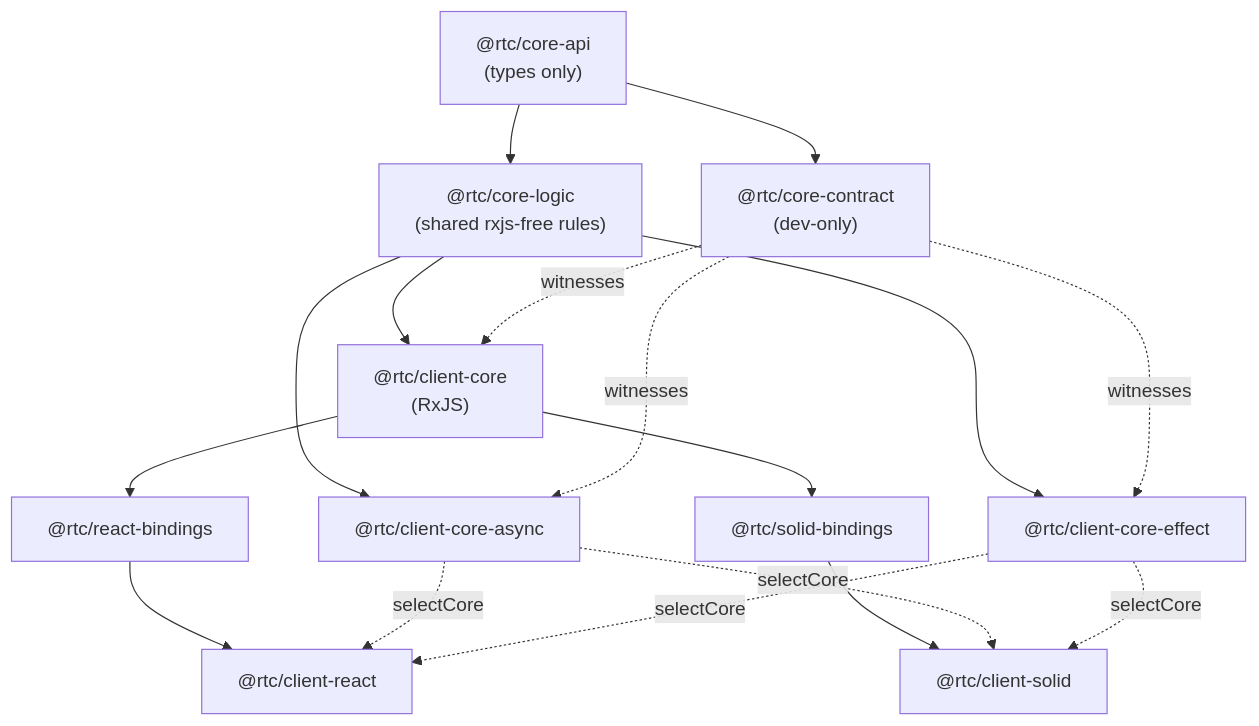
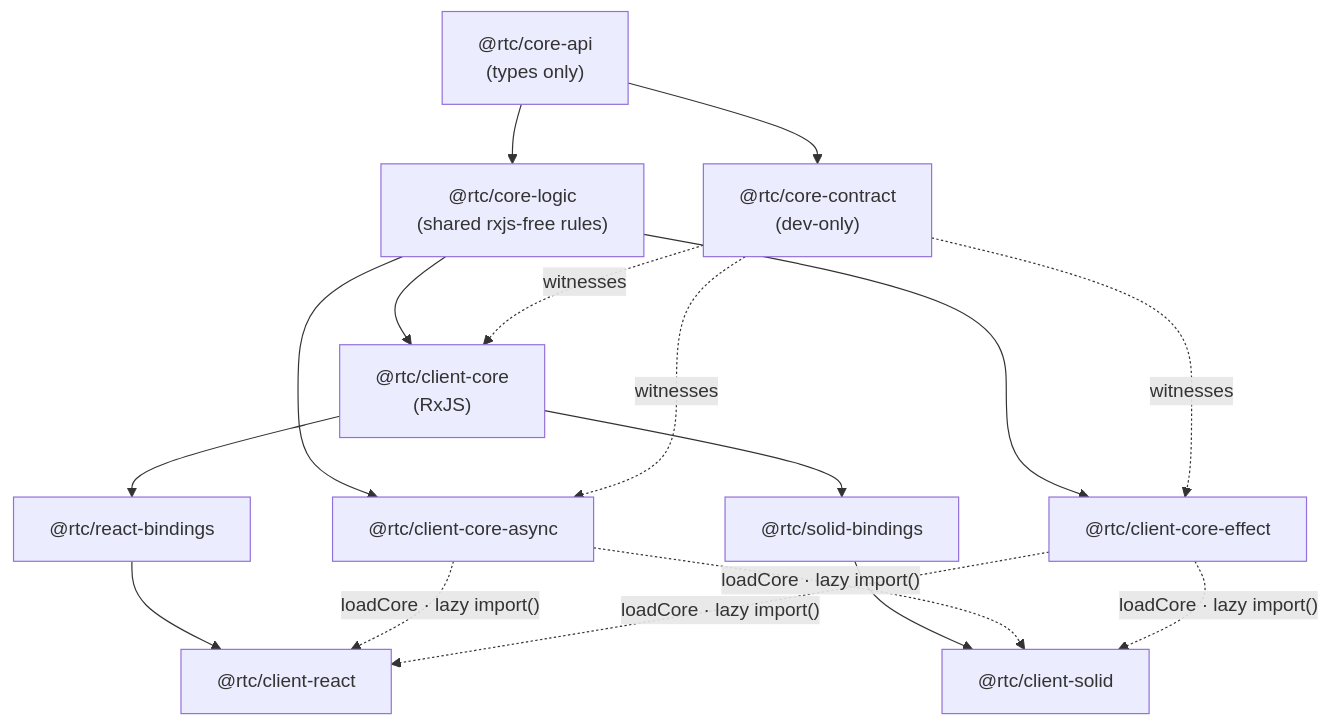
Before and after one commit to bettersoftware-io/ReactiveTraderCloudClone: the diagram in docs/architecture/22-pluggable-application-core.md, drawn with Mermaid.

Commit message:
fix(docs): relabel §22's mermaid alt-core edges off selectCore
Review fix round 1: the "## Packages" mermaid diagram in
docs/architecture/22-pluggable-application-core.md still labelled the
async/effect-core -> client edges "selectCore" (dashed), contradicting the
rewritten "Selection: at load time" section a few headings down. Relabelled
to "loadCore · lazy import()" to match src/app/coreSelection.ts's loadCore.

Re-swept every mermaid block in docs/ (excluding docs/superpowers/, which are
dated historical records), README.md and CLAUDE.md for the same stale terms
(selectCore, "one core per build", "build-time"): no other mermaid diagram
referenced core selection at all, and every remaining prose hit is either a
correctly-scoped historical reference to the replaced selectCore.ts (ADR-006's
narrative sections) or unrelated to core selection entirely (RN e2e defaults,
devtools wiring, ADR-004 feature flags, React Compiler, the deploy WS URL).

Claude-Session: https://claude.ai/code/session_01JdQtWNPjiNAEu7Ji9fejzH

````diff
--- a/docs/architecture/22-pluggable-application-core.md
+++ b/docs/architecture/22-pluggable-application-core.md
@@ -17,30 +17,30 @@
 ```mermaid
 flowchart TB
   CoreAPI["@rtc/core-api<br/>(types only)"]
   CoreLogic["@rtc/core-logic<br/>(shared rxjs-free rules)"]
   RxjsCore["@rtc/client-core<br/>(RxJS)"]
   AsyncCore["@rtc/client-core-async"]
   EffectCore["@rtc/client-core-effect"]
   CoreContract["@rtc/core-contract<br/>(dev-only)"]
   ReactBindings["@rtc/react-bindings"]
   SolidBindings["@rtc/solid-bindings"]
   ClientReact["@rtc/client-react"]
   ClientSolid["@rtc/client-solid"]
 
   CoreAPI --> CoreLogic
   CoreLogic --> RxjsCore
   CoreLogic --> AsyncCore
   CoreLogic --> EffectCore
   CoreAPI --> CoreContract
   CoreContract -. witnesses .-> RxjsCore
   CoreContract -. witnesses .-> AsyncCore
   CoreContract -. witnesses .-> EffectCore
   RxjsCore --> ReactBindings
   RxjsCore --> SolidBindings
   ReactBindings --> ClientReact
   SolidBindings --> ClientSolid
-  AsyncCore -. selectCore .-> ClientReact
-  EffectCore -. selectCore .-> ClientReact
-  AsyncCore -. selectCore .-> ClientSolid
-  EffectCore -. selectCore .-> ClientSolid
+  AsyncCore -. "loadCore · lazy import()" .-> ClientReact
+  EffectCore -. "loadCore · lazy import()" .-> ClientReact
+  AsyncCore -. "loadCore · lazy import()" .-> ClientSolid
+  EffectCore -. "loadCore · lazy import()" .-> ClientSolid
 ```
````
